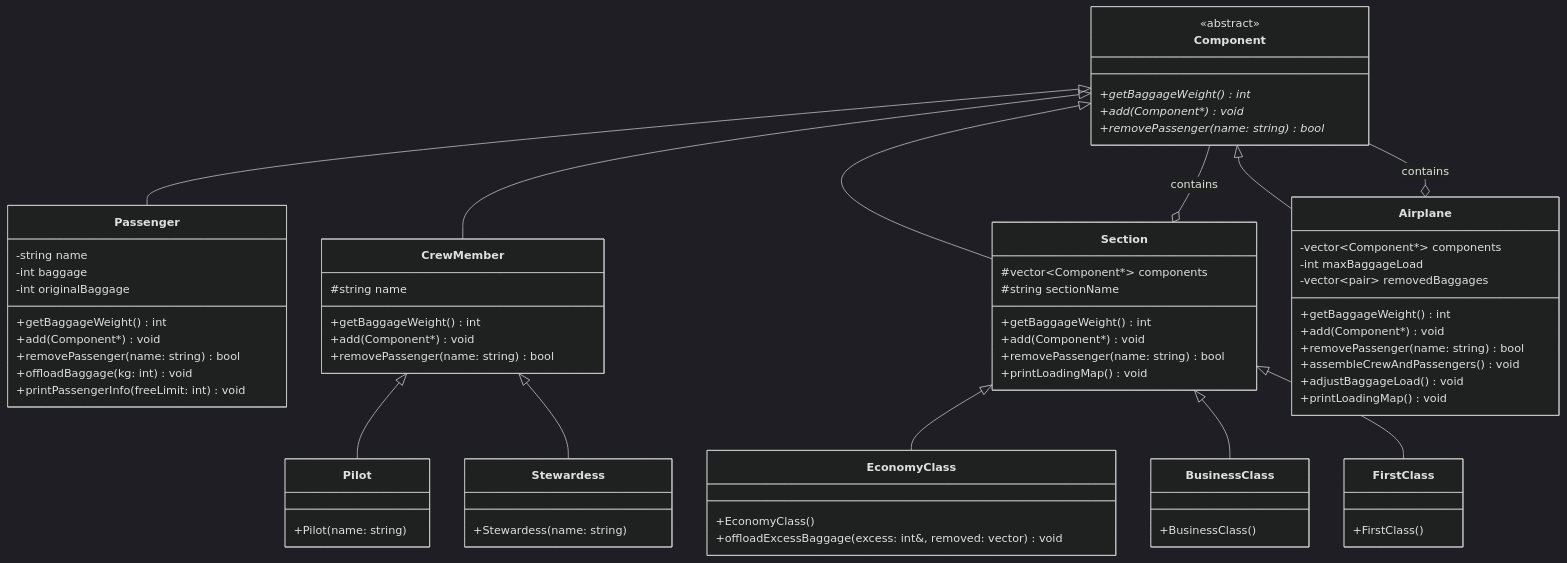
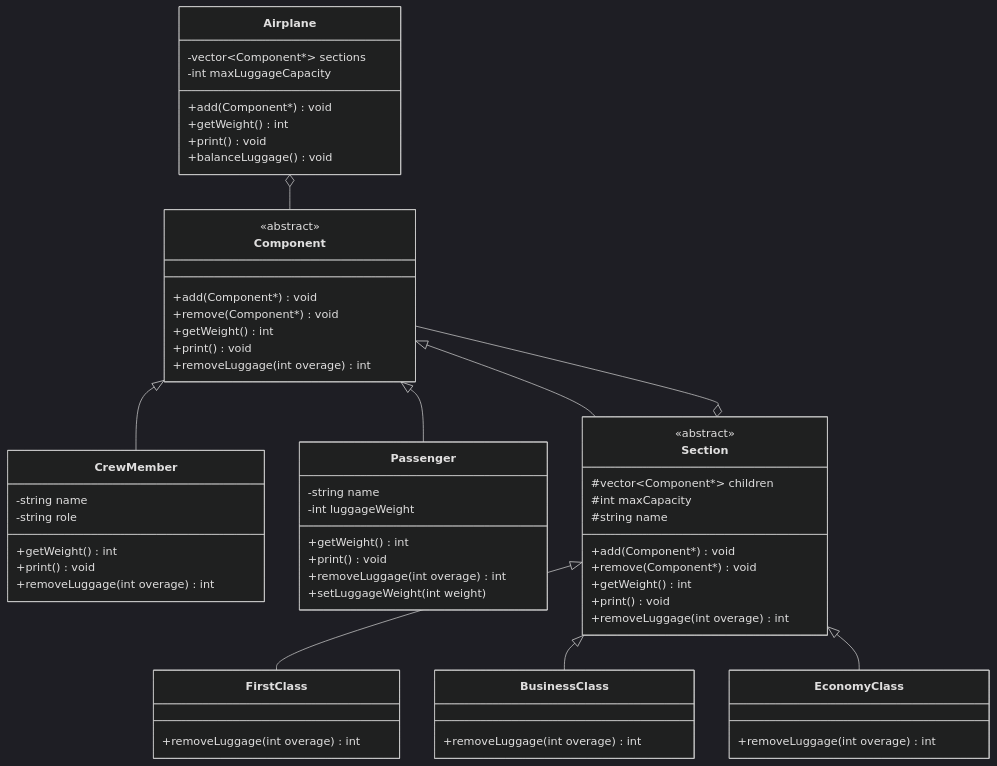
Before and after one commit to ivan-aleschin/uni: the first of 2 diagrams in software-architecture/lab-3/README.md, drawn with Mermaid (dark theme). The commit also changed other lines of this file and 7 other files, not shown here.

````diff
--- a/software-architecture/lab-3/README.md
+++ b/software-architecture/lab-3/README.md
@@ -33,83 +50,71 @@
 classDiagram
     class Component {
         <<abstract>>
-        +getBaggageWeight()* int
-        +add(Component*)* void
-        +removePassenger(name: string)* bool
+        +add(Component*) void
+        +remove(Component*) void
+        +getWeight() int
+        +print() void
+        +removeLuggage(int overage) int
+    }
+
+    class CrewMember {
+        -string name
+        -string role
+        +getWeight() int
+        +print() void
+        +removeLuggage(int overage) int
     }
 
     class Passenger {
         -string name
-        -int baggage
-        -int originalBaggage
-        +getBaggageWeight() int
-        +add(Component*) void
-        +removePassenger(name: string) bool
-        +offloadBaggage(kg: int) void
-        +printPassengerInfo(freeLimit: int) void
-    }
-
-    class CrewMember {
-        #string name
-        +getBaggageWeight() int
-        +add(Component*) void
-        +removePassenger(name: string) bool
-    }
-    
-    class Pilot {
-        +Pilot(name: string)
-    }
-    
-    class Stewardess {
-        +Stewardess(name: string)
+        -int luggageWeight
+        +getWeight() int
+        +print() void
+        +removeLuggage(int overage) int
+        +setLuggageWeight(int weight)
     }
 
     class Section {
-        #vector~Component*~ components
-        #string sectionName
-        +getBaggageWeight() int
+        <<abstract>>
+        #vector~Component*~ children
+        #int maxCapacity
+        #string name
         +add(Component*) void
-        +removePassenger(name: string) bool
-        +printLoadingMap() void
+        +remove(Component*) void
+        +getWeight() int
+        +print() void
+        +removeLuggage(int overage) int
+    }
+
+    class FirstClass {
+        +removeLuggage(int overage) int
+    }
+
+    class BusinessClass {
+        +removeLuggage(int overage) int
     }
 
     class EconomyClass {
-        +EconomyClass()
-        +offloadExcessBaggage(excess: int&, removed: vector) void
-    }
-
-    class BusinessClass {
-        +BusinessClass()
-    }
-
-    class FirstClass {
-        +FirstClass()
+        +removeLuggage(int overage) int
     }
 
     class Airplane {
-        -vector~Component*~ components
-        -int maxBaggageLoad
-        -vector~pair~ removedBaggages
-        +getBaggageWeight() int
+        -vector~Component*~ sections
+        -int maxLuggageCapacity
         +add(Component*) void
-        +removePassenger(name: string) bool
-        +assembleCrewAndPassengers() void
-        +adjustBaggageLoad() void
-        +printLoadingMap() void
+        +getWeight() int
+        +print() void
+        +balanceLuggage() void
     }
 
+    Component <|-- CrewMember
     Component <|-- Passenger
-    Component <|-- CrewMember
-    CrewMember <|-- Pilot
-    CrewMember <|-- Stewardess
-
     Component <|-- Section
+    
+    Section <|-- FirstClass
+    Section <|-- BusinessClass
     Section <|-- EconomyClass
-    Section <|-- BusinessClass
-    Section <|-- FirstClass
     
-    Component <|-- Airplane
-
-    Section o-- Component : contains
-    Airplane o-- Component : contains
+    Section o-- Component
+    Airplane o-- Component
 ```
````
